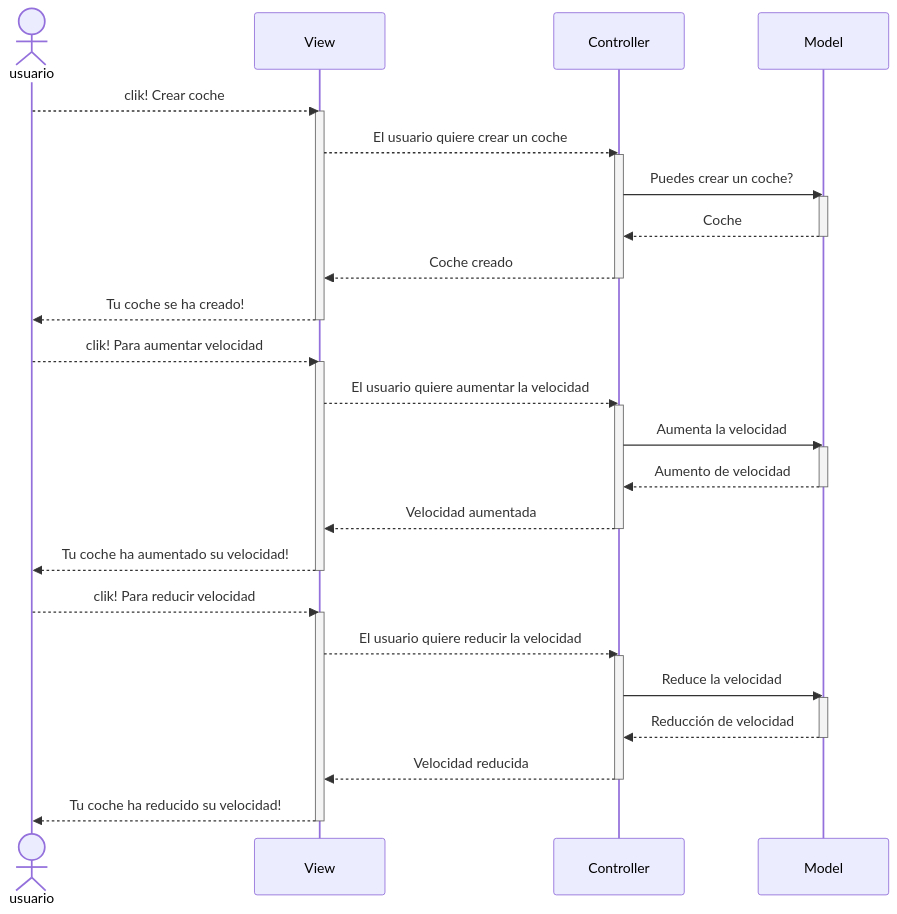
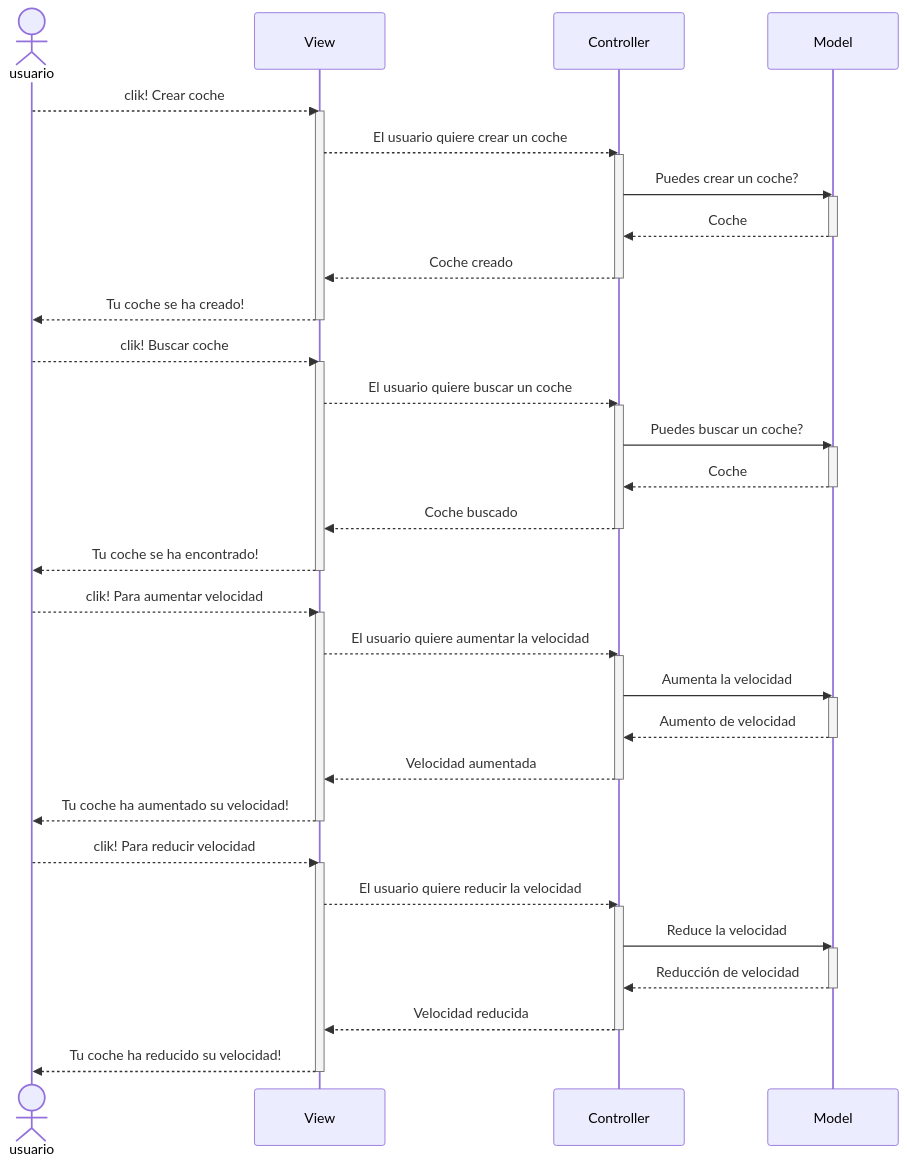
One commit to damiancastelao/MVC_coches_solucion changed the second of 3 diagrams in Readme.md. Above: the diagram before and after it, drawn with Mermaid.

Commit message:
añadiendo al diagrama de secuencia el apartado de buscar un coche

````diff
--- a/Readme.md
+++ b/Readme.md
@@ -52,46 +52,59 @@
 ```mermaid
 sequenceDiagram
     actor usuario
-   participant View
+    participant View
     participant Controller
     participant Model
     
     usuario-->>View: clik! Crear coche
     activate View
     View-->>Controller: El usuario quiere crear un coche
     activate Controller
     Controller->>Model: Puedes crear un coche?
     activate Model
     Model-->>Controller: Coche
     deactivate Model
     Controller-->>View: Coche creado
     deactivate Controller
     View-->>usuario: Tu coche se ha creado!
+    deactivate View
+    
+    usuario-->>View: clik! Buscar coche
+    activate View
+    View-->>Controller: El usuario quiere buscar un coche
+    activate Controller
+    Controller->>Model: Puedes buscar un coche?
+    activate Model
+    Model-->>Controller: Coche
+    deactivate Model
+    Controller-->>View: Coche buscado
+    deactivate Controller
+    View-->>usuario: Tu coche se ha encontrado!
     deactivate View
     
     usuario-->>View: clik! Para aumentar velocidad
     activate View
     View-->>Controller: El usuario quiere aumentar la velocidad
     activate Controller
     Controller->>Model: Aumenta la velocidad
     activate Model
     Model-->>Controller: Aumento de velocidad
     deactivate Model
     Controller-->>View: Velocidad aumentada
     deactivate Controller
     View-->>usuario: Tu coche ha aumentado su velocidad!
     deactivate View
     
     usuario-->>View: clik! Para reducir velocidad
     activate View
     View-->>Controller: El usuario quiere reducir la velocidad
     activate Controller
     Controller->>Model: Reduce la velocidad
     activate Model
     Model-->>Controller: Reducción de velocidad
     deactivate Model
     Controller-->>View: Velocidad reducida
     deactivate Controller
     View-->>usuario: Tu coche ha reducido su velocidad!
     deactivate View
 ```
````
